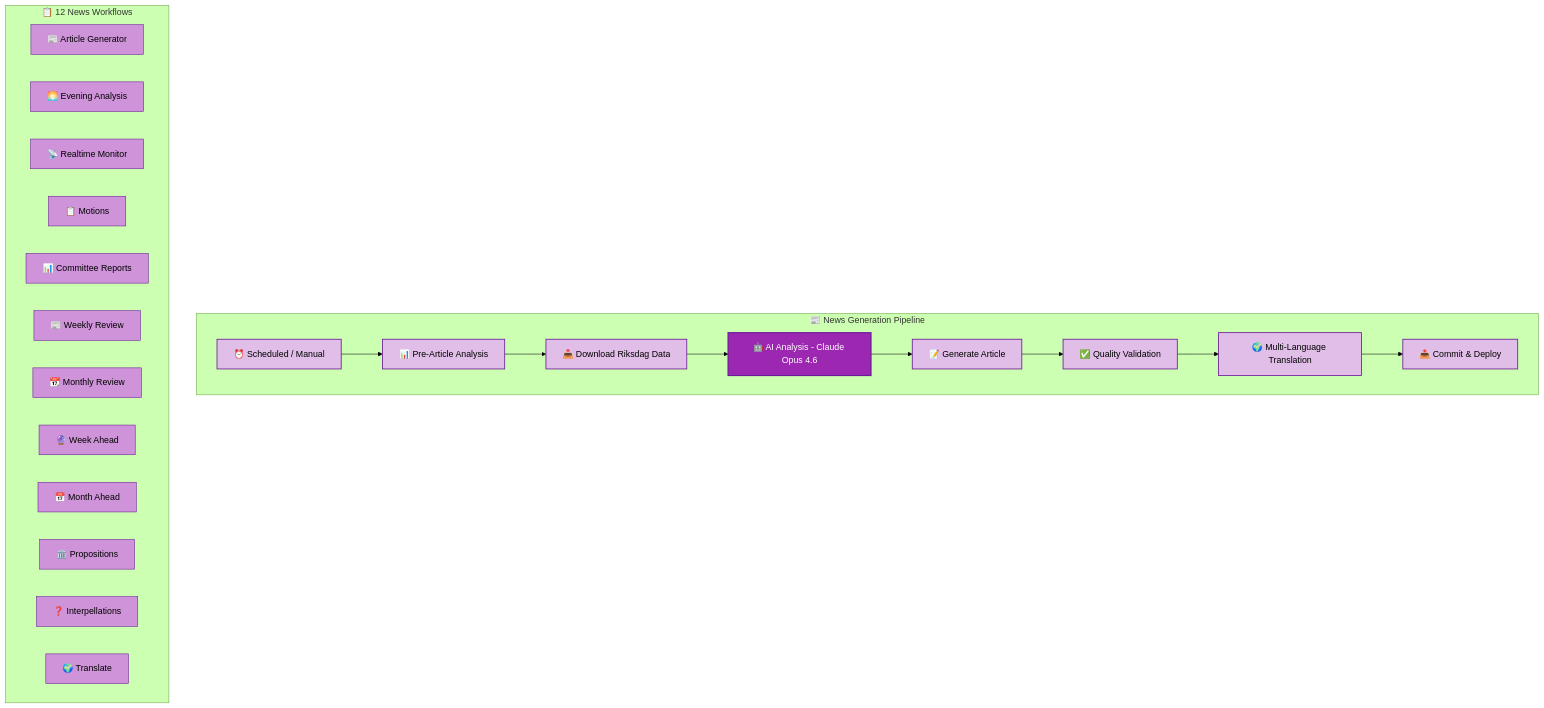
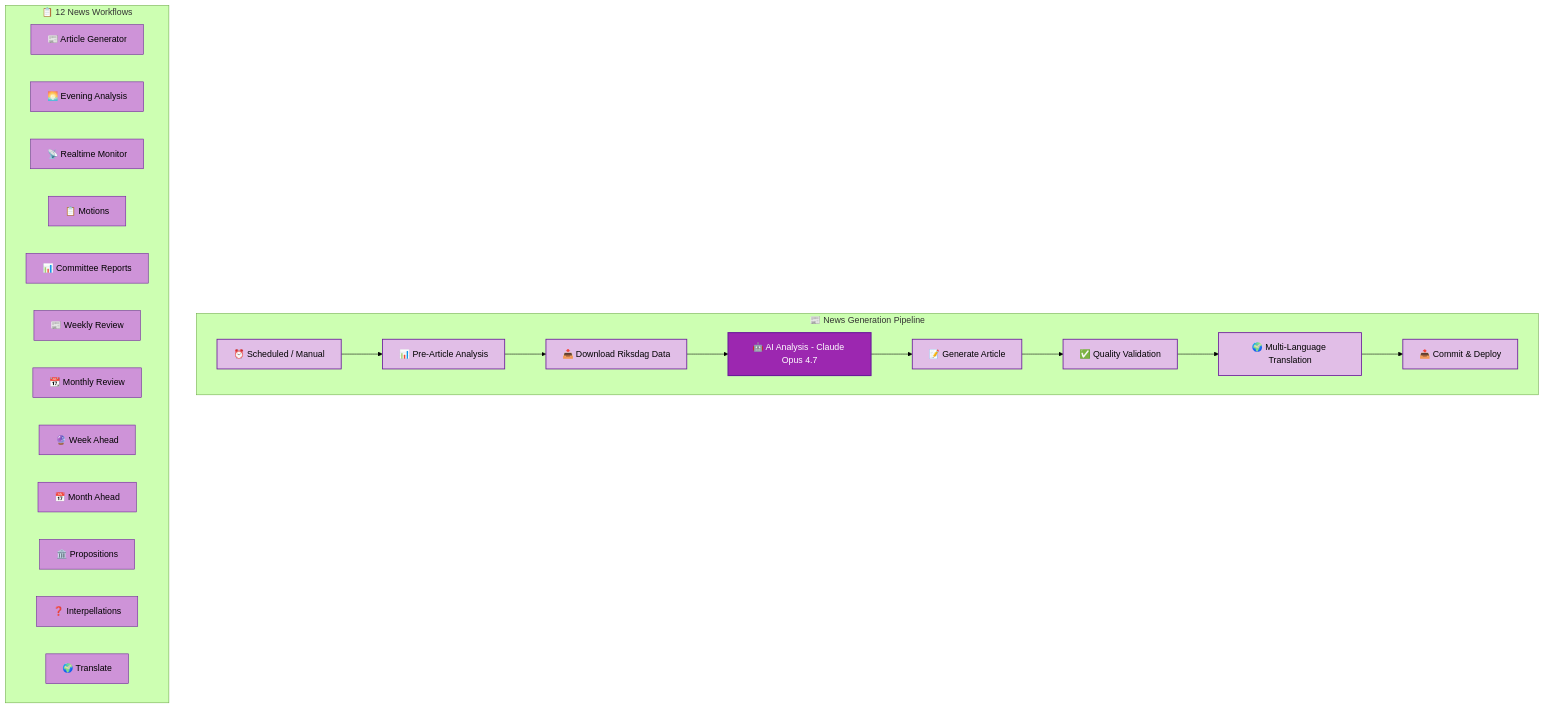
The tenth of 13 diagrams in WORKFLOWS.md (Hack23/riksdagsmonitor), drawn with Mermaid (forest theme) before and after one commit. The commit also changed other lines of this file and 15 other files, not shown here.

First line of the commit message:
Sync all docs/methodology/skills to Claude Opus 4.7

````diff
--- a/WORKFLOWS.md
+++ b/WORKFLOWS.md
@@ -714,35 +714,35 @@
 ```mermaid
 flowchart TD
     subgraph "📰 News Generation Pipeline"
         Trigger[⏰ Scheduled / Manual] --> PreAnalysis[📊 Pre-Article Analysis]
         PreAnalysis --> Download[📥 Download Riksdag Data]
-        Download --> AIAnalysis[🤖 AI Analysis - Claude Opus 4.6]
+        Download --> AIAnalysis[🤖 AI Analysis - Claude Opus 4.7]
         AIAnalysis --> Generate[📝 Generate Article]
         Generate --> QualityCheck[✅ Quality Validation]
         QualityCheck --> Translate[🌍 Multi-Language Translation]
         Translate --> Deploy[📤 Commit & Deploy]
     end
 
     subgraph "📋 12 News Workflows"
         W1[📰 Article Generator]
         W2[🌅 Evening Analysis]
         W3[📡 Realtime Monitor]
         W4[📋 Motions]
         W5[📊 Committee Reports]
         W6[📰 Weekly Review]
         W7[📆 Monthly Review]
         W8[🔮 Week Ahead]
         W9[📅 Month Ahead]
         W10[🏛️ Propositions]
         W11[❓ Interpellations]
         W12[🌍 Translate]
     end
 
     classDef pipeline fill:#e1bee7,stroke:#6a1b9a,stroke-width:1.5px,color:black
     classDef workflow fill:#ce93d8,stroke:#6a1b9a,stroke-width:1px,color:black
     classDef ai fill:#9C27B0,stroke:#6a1b9a,stroke-width:2px,color:white
 
     class Trigger,PreAnalysis,Download,Generate,QualityCheck,Translate,Deploy pipeline
     class AIAnalysis ai
     class W1,W2,W3,W4,W5,W6,W7,W8,W9,W10,W11,W12 workflow
 ```
````
